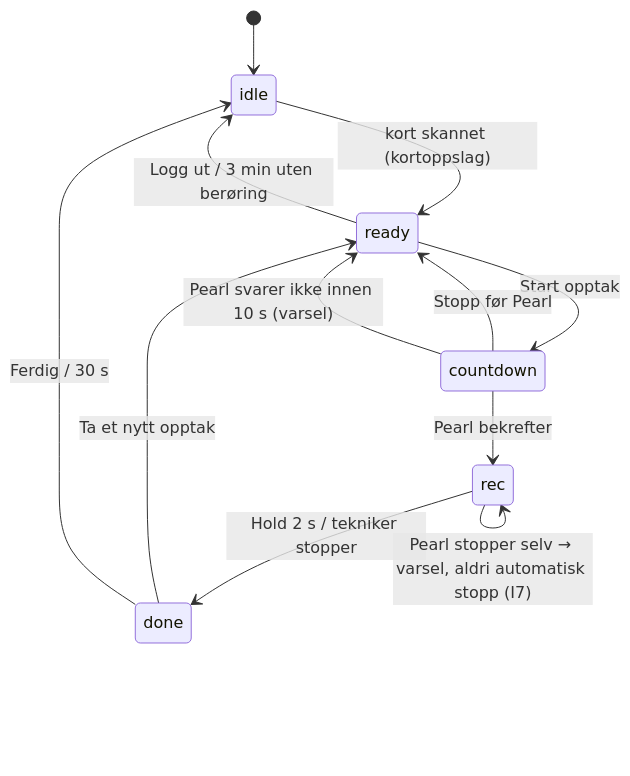
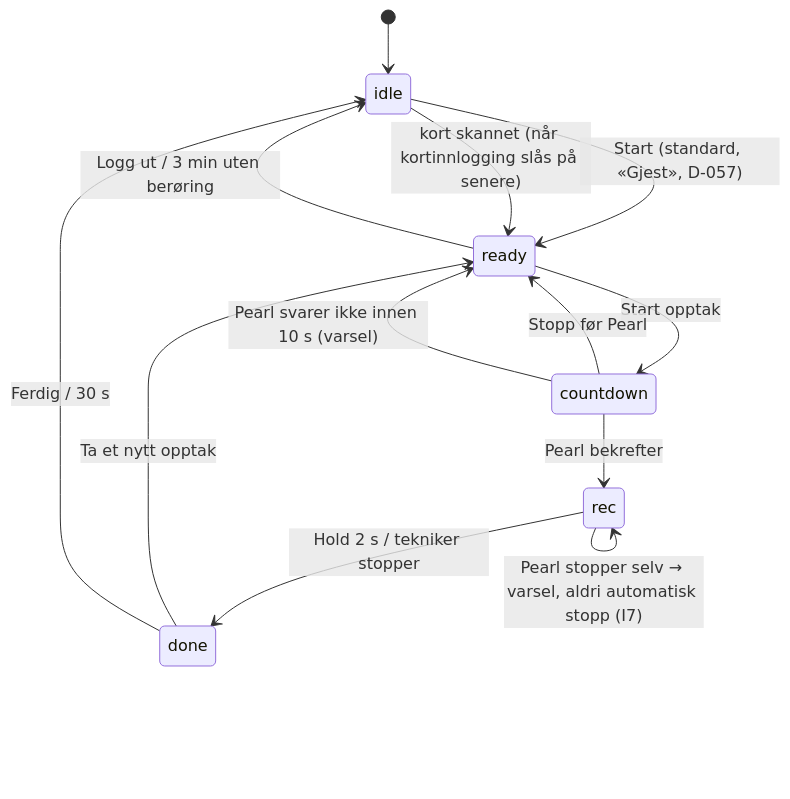
The fourth of 5 diagrams in docs/architecture/README.md (multimediesenteret/CutCutStudio), drawn with Mermaid before and after one commit. The commit also changed other lines of this file and 77 other files, not shown here.

````diff
--- a/docs/architecture/README.md
+++ b/docs/architecture/README.md
@@ -100,14 +101,15 @@
 ```mermaid
 stateDiagram-v2
   [*] --> idle
-  idle --> ready: kort skannet (kortoppslag)
+  idle --> ready: Start (standard, «Gjest», D-057)
+  idle --> ready: kort skannet (når kortinnlogging slås på senere)
   ready --> countdown: Start opptak
   ready --> idle: Logg ut / 3 min uten berøring
   countdown --> ready: Stopp før Pearl
   countdown --> rec: Pearl bekrefter
   countdown --> ready: Pearl svarer ikke innen 10 s (varsel)
   rec --> done: Hold 2 s / tekniker stopper
   rec --> rec: Pearl stopper selv → varsel, aldri automatisk stopp (I7)
   done --> ready: Ta et nytt opptak
   done --> idle: Ferdig / 30 s
 ```
````
